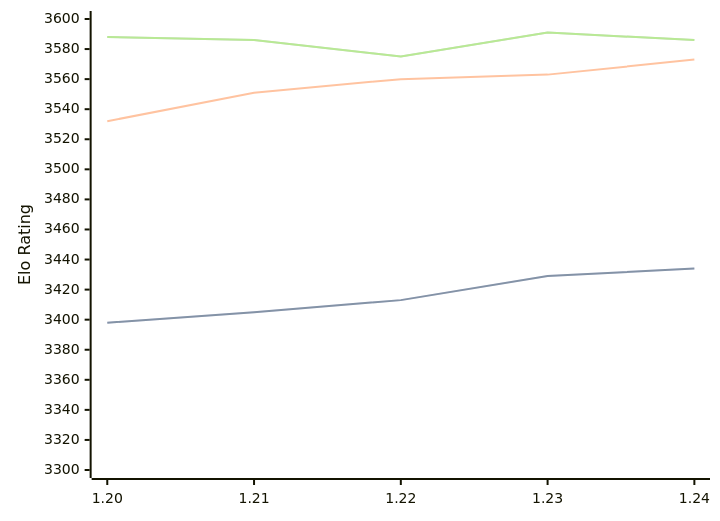
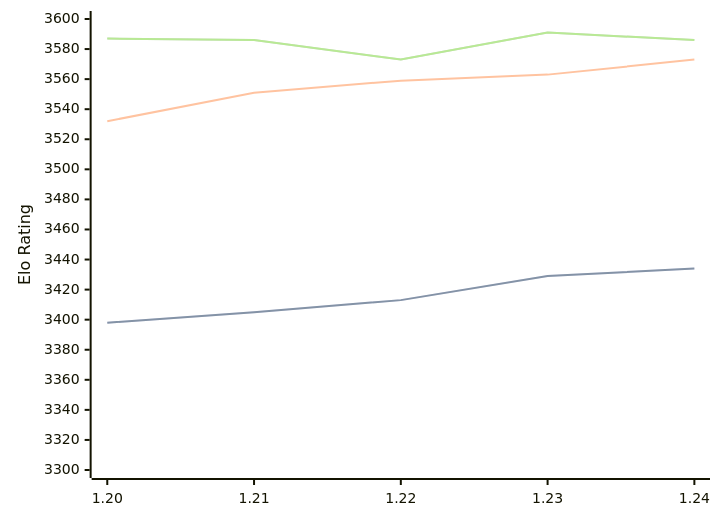
The diagram in engines/Caissa.md (computer-chess-index/cci), drawn with Mermaid before and after one commit. The commit also changed other lines of this file, not shown here.

Commit message:
Update CCI Ratings (ELO VLTC) - 2026-03-06

````diff
--- a/engines/Caissa.md
+++ b/engines/Caissa.md
@@ -62,11 +62,11 @@
 ```mermaid
 %%{init: {"theme":"base","themeVariables":{"seriesColors:['#a3a3a3','#222221','#faa371']}}}%%
 xychart-beta
   x-axis ["1.20", "1.21", "1.22", "1.23", "1.24"]
   y-axis "Elo Rating" 3300 --> 3600
   line "STC (8.0+0.08s)" [3398, 3405, 3413, 3429, 3434]
   line "STC (8.0+0.08s)" [3398, 3405, 3413, 3429, 3434]
-  line "LTC (60.0+0.60s)" [3532, 3551, 3560, 3563, 3573]
-  line "VLTC (2m24s+1.12s)" [3588, 3586, 3575, 3591, 3586]
-  line "VLTC (2m24s+1.12s)" [3588, 3586, 3575, 3591, 3586]
+  line "LTC (60.0+0.60s)" [3532, 3551, 3559, 3563, 3573]
+  line "VLTC (2m24s+1.12s)" [3587, 3586, 3573, 3591, 3586]
+  line "VLTC (2m24s+1.12s)" [3587, 3586, 3573, 3591, 3586]
 ```
````
